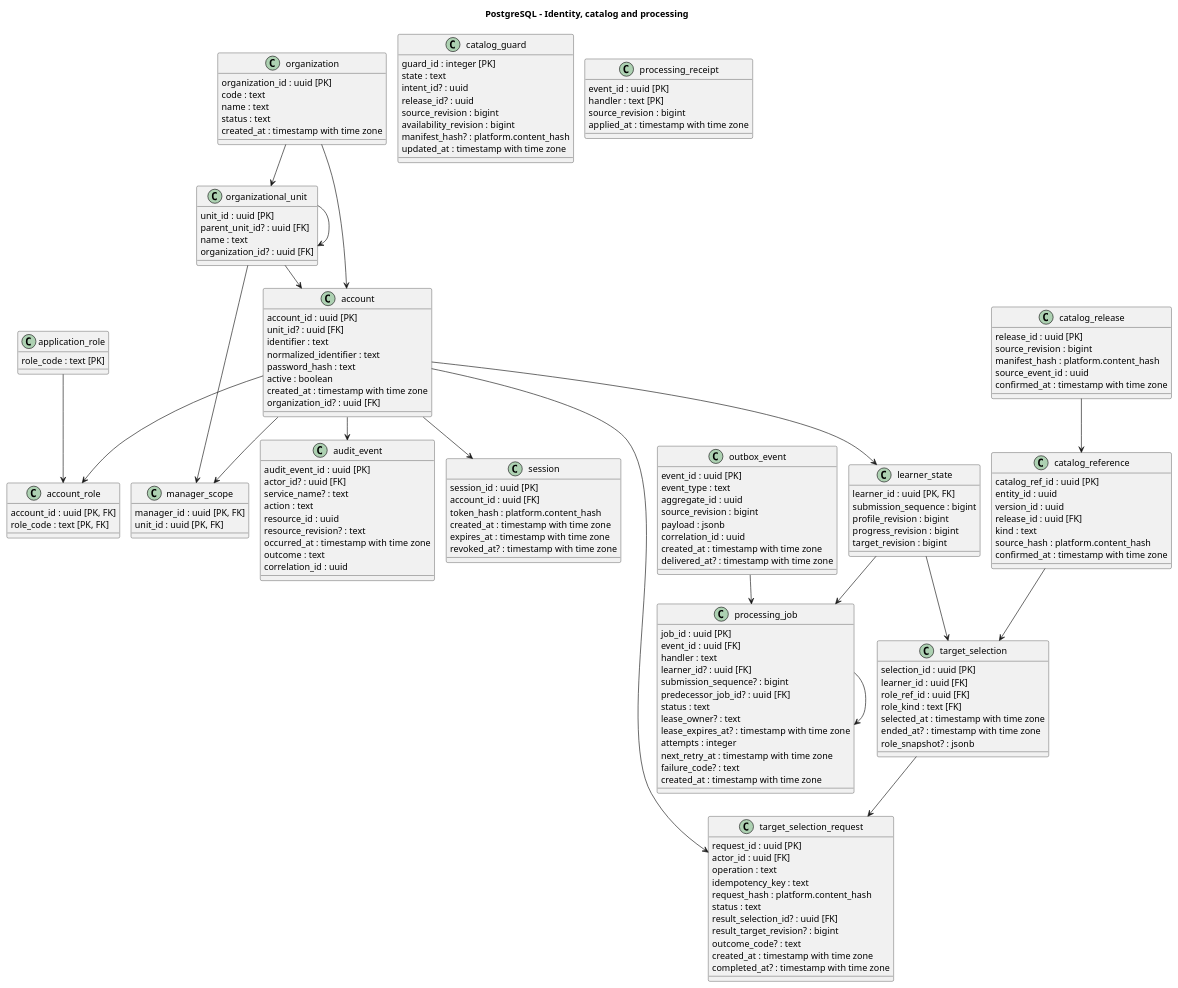
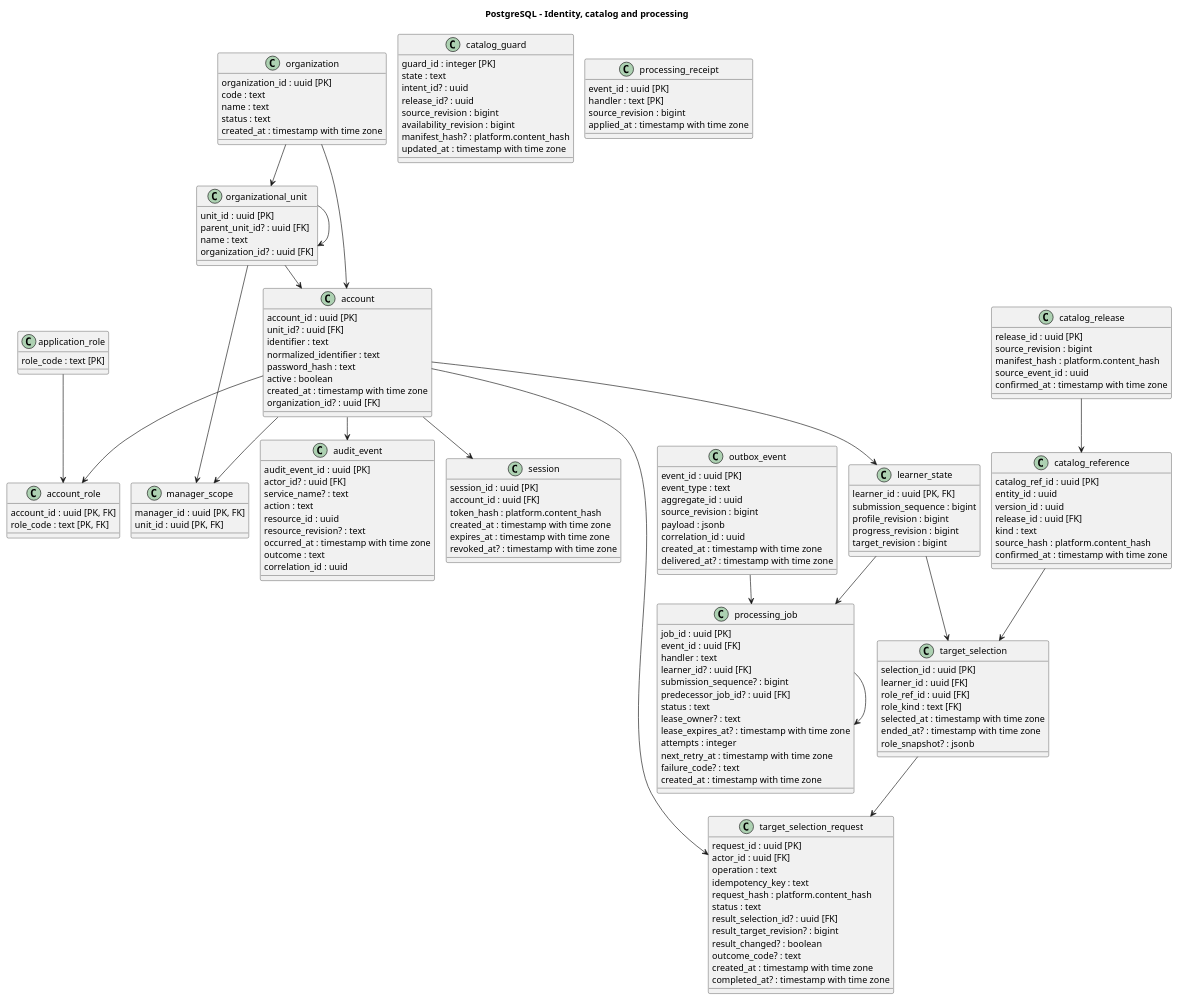
Before and after one commit to SEP490-Fall-2026-GFA26SE64/SEP490: the diagram in documents/diagrams/postgresql.puml, drawn with PlantUML. The commit also changed 3 other files, not shown here.

```diff
--- a/documents/diagrams/postgresql.puml
+++ b/documents/diagrams/postgresql.puml
@@ -1,164 +1,165 @@
 @startuml
 !pragma layout smetana
 top to bottom direction
 skinparam shadowing false
 title PostgreSQL - Identity, catalog and processing
 class organization {
     organization_id : uuid [PK]
     code : text
     name : text
     status : text
     created_at : timestamp with time zone
 }
 class organizational_unit {
     unit_id : uuid [PK]
     parent_unit_id? : uuid [FK]
     name : text
     organization_id? : uuid [FK]
 }
 class account {
     account_id : uuid [PK]
     unit_id? : uuid [FK]
     identifier : text
     normalized_identifier : text
     password_hash : text
     active : boolean
     created_at : timestamp with time zone
     organization_id? : uuid [FK]
 }
 class application_role {
     role_code : text [PK]
 }
 class account_role {
     account_id : uuid [PK, FK]
     role_code : text [PK, FK]
 }
 class manager_scope {
     manager_id : uuid [PK, FK]
     unit_id : uuid [PK, FK]
 }
 class session {
     session_id : uuid [PK]
     account_id : uuid [FK]
     token_hash : platform.content_hash
     created_at : timestamp with time zone
     expires_at : timestamp with time zone
     revoked_at? : timestamp with time zone
 }
 class learner_state {
     learner_id : uuid [PK, FK]
     submission_sequence : bigint
     profile_revision : bigint
     progress_revision : bigint
     target_revision : bigint
 }
 class catalog_guard {
     guard_id : integer [PK]
     state : text
     intent_id? : uuid
     release_id? : uuid
     source_revision : bigint
     availability_revision : bigint
     manifest_hash? : platform.content_hash
     updated_at : timestamp with time zone
 }
 class catalog_release {
     release_id : uuid [PK]
     source_revision : bigint
     manifest_hash : platform.content_hash
     source_event_id : uuid
     confirmed_at : timestamp with time zone
 }
 class catalog_reference {
     catalog_ref_id : uuid [PK]
     entity_id : uuid
     version_id : uuid
     release_id : uuid [FK]
     kind : text
     source_hash : platform.content_hash
     confirmed_at : timestamp with time zone
 }
 class target_selection {
     selection_id : uuid [PK]
     learner_id : uuid [FK]
     role_ref_id : uuid [FK]
     role_kind : text [FK]
     selected_at : timestamp with time zone
     ended_at? : timestamp with time zone
     role_snapshot? : jsonb
 }
 class target_selection_request {
     request_id : uuid [PK]
     actor_id : uuid [FK]
     operation : text
     idempotency_key : text
     request_hash : platform.content_hash
     status : text
     result_selection_id? : uuid [FK]
     result_target_revision? : bigint
+    result_changed? : boolean
     outcome_code? : text
     created_at : timestamp with time zone
     completed_at? : timestamp with time zone
 }
 class outbox_event {
     event_id : uuid [PK]
     event_type : text
     aggregate_id : uuid
     source_revision : bigint
     payload : jsonb
     correlation_id : uuid
     created_at : timestamp with time zone
     delivered_at? : timestamp with time zone
 }
 class processing_job {
     job_id : uuid [PK]
     event_id : uuid [FK]
     handler : text
     learner_id? : uuid [FK]
     submission_sequence? : bigint
     predecessor_job_id? : uuid [FK]
     status : text
     lease_owner? : text
     lease_expires_at? : timestamp with time zone
     attempts : integer
     next_retry_at : timestamp with time zone
     failure_code? : text
     created_at : timestamp with time zone
 }
 class processing_receipt {
     event_id : uuid [PK]
     handler : text [PK]
     source_revision : bigint
     applied_at : timestamp with time zone
 }
 class audit_event {
     audit_event_id : uuid [PK]
     actor_id? : uuid [FK]
     service_name? : text
     action : text
     resource_id : uuid
     resource_revision? : text
     occurred_at : timestamp with time zone
     outcome : text
     correlation_id : uuid
 }
 account --> account_role
 account --> audit_event
 account --> learner_state
 account --> manager_scope
 account --> session
 account --> target_selection_request
 application_role --> account_role
 catalog_reference --> target_selection
 catalog_release --> catalog_reference
 learner_state --> processing_job
 learner_state --> target_selection
 organization --> account
 organization --> organizational_unit
 organizational_unit --> account
 organizational_unit --> manager_scope
 organizational_unit --> organizational_unit
 outbox_event --> processing_job
 processing_job --> processing_job
 target_selection --> target_selection_request
 @enduml
```
